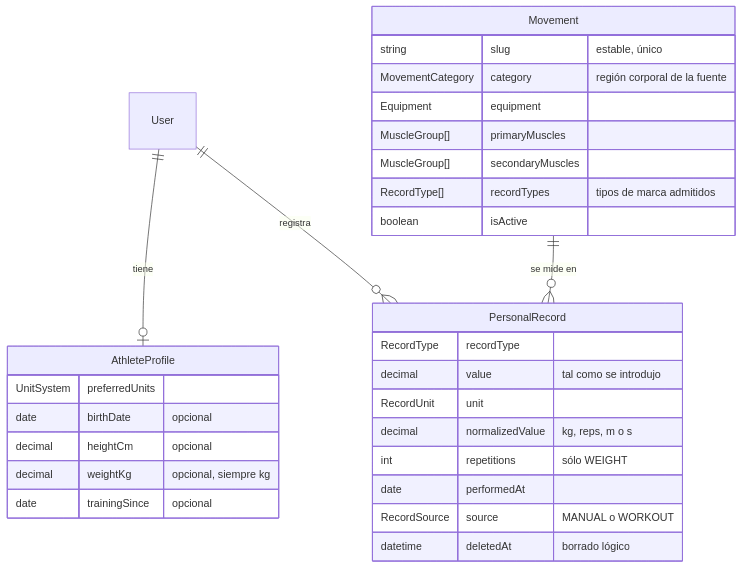
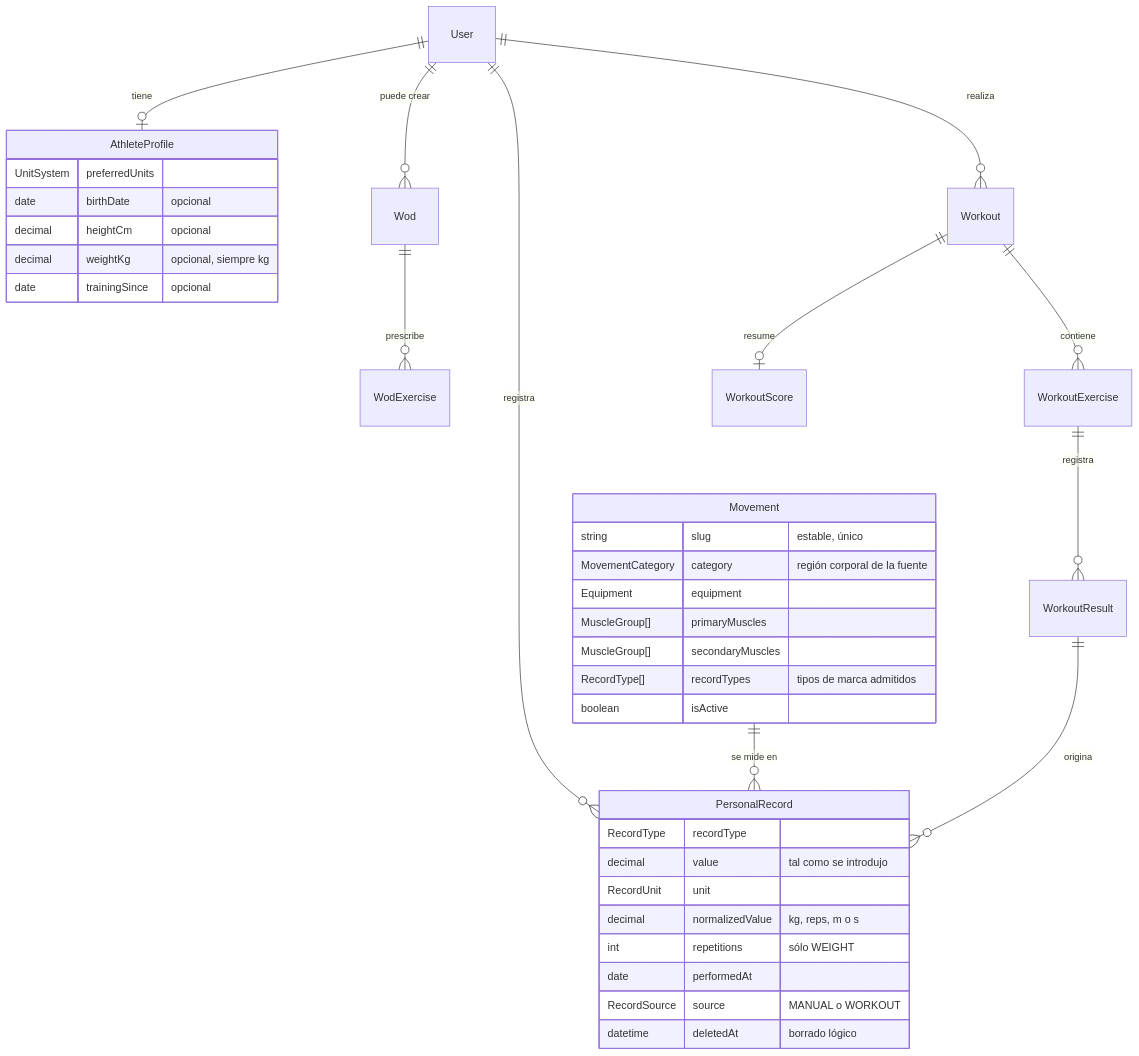
The first of 3 diagrams in docs/architecture/athlete-domain.md (David7u79/Prototipo), drawn with Mermaid before and after one commit. The commit also changed other lines of this file and 11 other files, not shown here.

````diff
--- a/docs/architecture/athlete-domain.md
+++ b/docs/architecture/athlete-domain.md
@@ -10,33 +10,40 @@
 ```mermaid
 erDiagram
     User ||--o| AthleteProfile : "tiene"
     User ||--o{ PersonalRecord : "registra"
     Movement ||--o{ PersonalRecord : "se mide en"
+    User ||--o{ Workout : "realiza"
+    User ||--o{ Wod : "puede crear"
+    Wod ||--o{ WodExercise : "prescribe"
+    Workout ||--o{ WorkoutExercise : "contiene"
+    WorkoutExercise ||--o{ WorkoutResult : "registra"
+    Workout ||--o| WorkoutScore : "resume"
+    WorkoutResult ||--o{ PersonalRecord : "origina"
 
     AthleteProfile {
         UnitSystem preferredUnits
         date birthDate "opcional"
         decimal heightCm "opcional"
         decimal weightKg "opcional, siempre kg"
         date trainingSince "opcional"
     }
     Movement {
         string slug "estable, único"
         MovementCategory category "región corporal de la fuente"
         Equipment equipment
         MuscleGroup[] primaryMuscles
         MuscleGroup[] secondaryMuscles
         RecordType[] recordTypes "tipos de marca admitidos"
         boolean isActive
     }
     PersonalRecord {
         RecordType recordType
         decimal value "tal como se introdujo"
         RecordUnit unit
         decimal normalizedValue "kg, reps, m o s"
         int repetitions "sólo WEIGHT"
         date performedAt
         RecordSource source "MANUAL o WORKOUT"
         datetime deletedAt "borrado lógico"
     }
 ```
````
